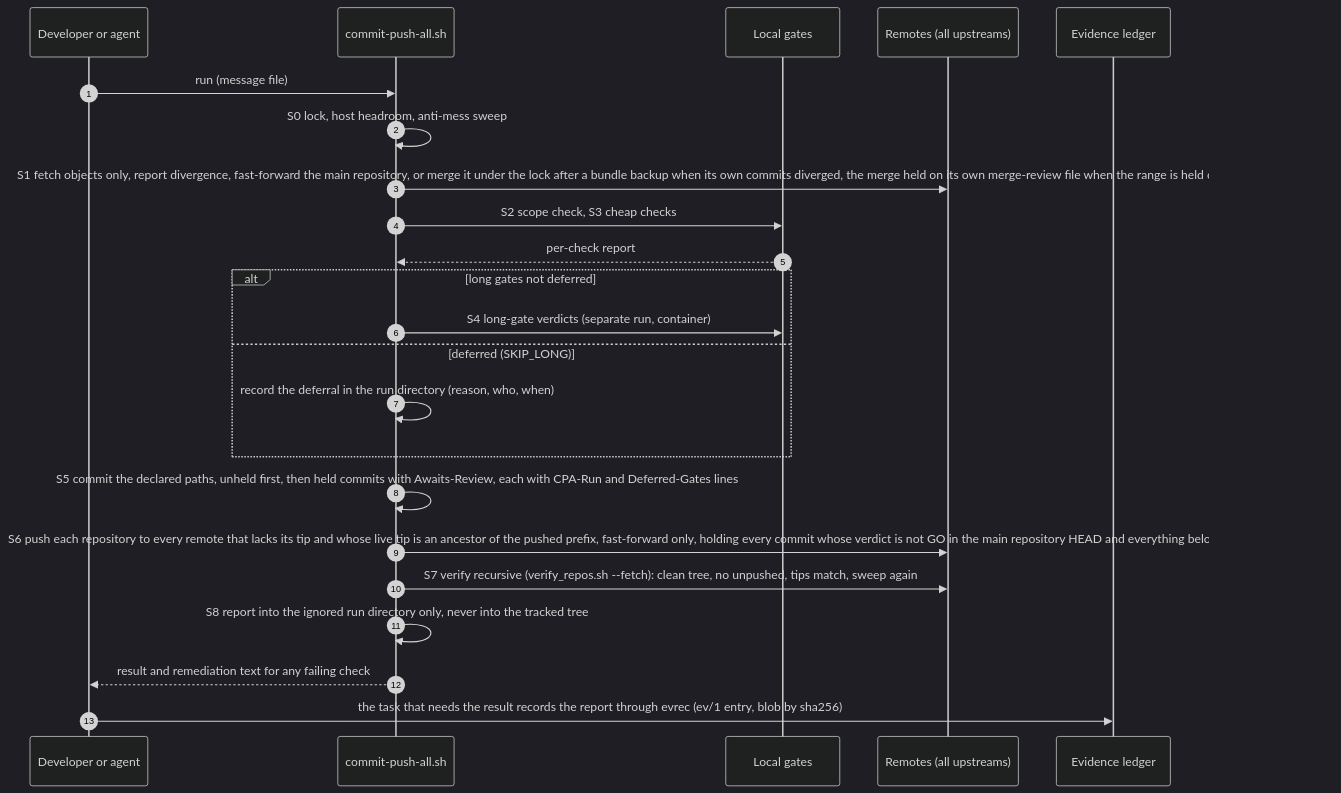
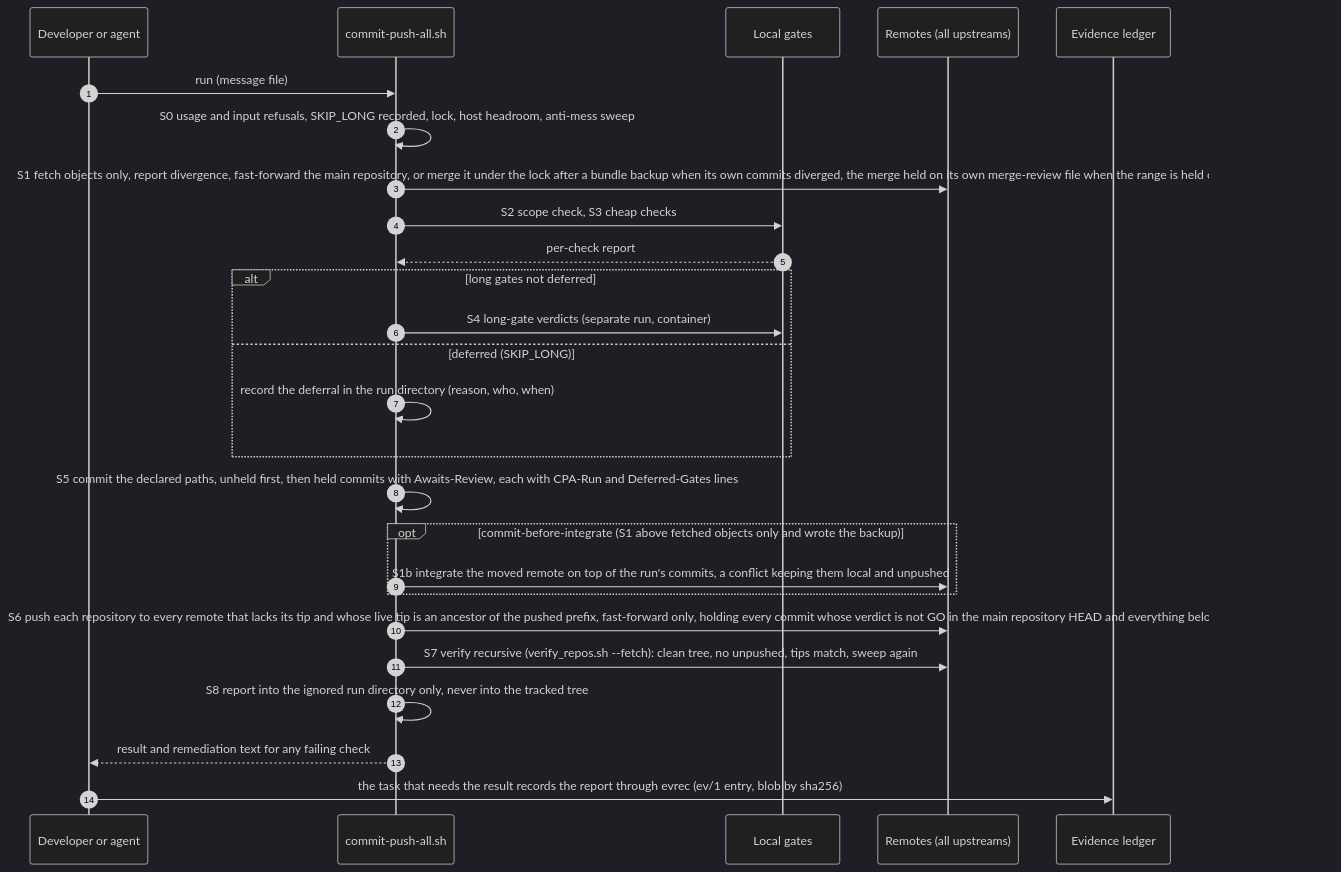
Before and after one commit to vasic-digital/catalogizer: the sixth of 6 diagrams in specs/001-full-project-audit-remediation/docs/12-helixqa-challenges-and-governance-plan.md, drawn with Mermaid (dark theme). The commit also changed other lines of this file and 24 other files, not shown here.

````diff
--- a/specs/001-full-project-audit-remediation/docs/12-helixqa-challenges-and-governance-plan.md
+++ b/specs/001-full-project-audit-remediation/docs/12-helixqa-challenges-and-governance-plan.md
@@ -1381,25 +1381,28 @@
 ```mermaid
 sequenceDiagram
   autonumber
   participant D as Developer or agent
   participant S as commit-push-all.sh
   participant G as Local gates
   participant R as Remotes (all upstreams)
   participant E as Evidence ledger
   D->>S: run (message file)
-  S->>S: S0 lock, host headroom, anti-mess sweep
+  S->>S: S0 usage and input refusals, SKIP_LONG recorded, lock, host headroom, anti-mess sweep
   S->>R: S1 fetch objects only, report divergence, fast-forward the main repository, or merge it under the lock after a bundle backup when its own commits diverged, the merge held on its own merge-review file when the range is held or it resolved conflicts
   S->>G: S2 scope check, S3 cheap checks
   G-->>S: per-check report
   alt long gates not deferred
     S->>G: S4 long-gate verdicts (separate run, container)
   else deferred (SKIP_LONG)
     S->>S: record the deferral in the run directory (reason, who, when)
   end
   S->>S: S5 commit the declared paths, unheld first, then held commits with Awaits-Review, each with CPA-Run and Deferred-Gates lines
+  opt commit-before-integrate (S1 above fetched objects only and wrote the backup)
+    S->>R: S1b integrate the moved remote on top of the run's commits, a conflict keeping them local and unpushed
+  end
   S->>R: S6 push each repository to every remote that lacks its tip and whose live tip is an ancestor of the pushed prefix, fast-forward only, holding every commit whose verdict is not GO in the main repository HEAD and everything below an unreleased merge
   S->>R: S7 verify recursive (verify_repos.sh --fetch): clean tree, no unpushed, tips match, sweep again
   S->>S: S8 report into the ignored run directory only, never into the tracked tree
   S-->>D: result and remediation text for any failing check
   D->>E: the task that needs the result records the report through evrec (ev/1 entry, blob by sha256)
 ```
````
